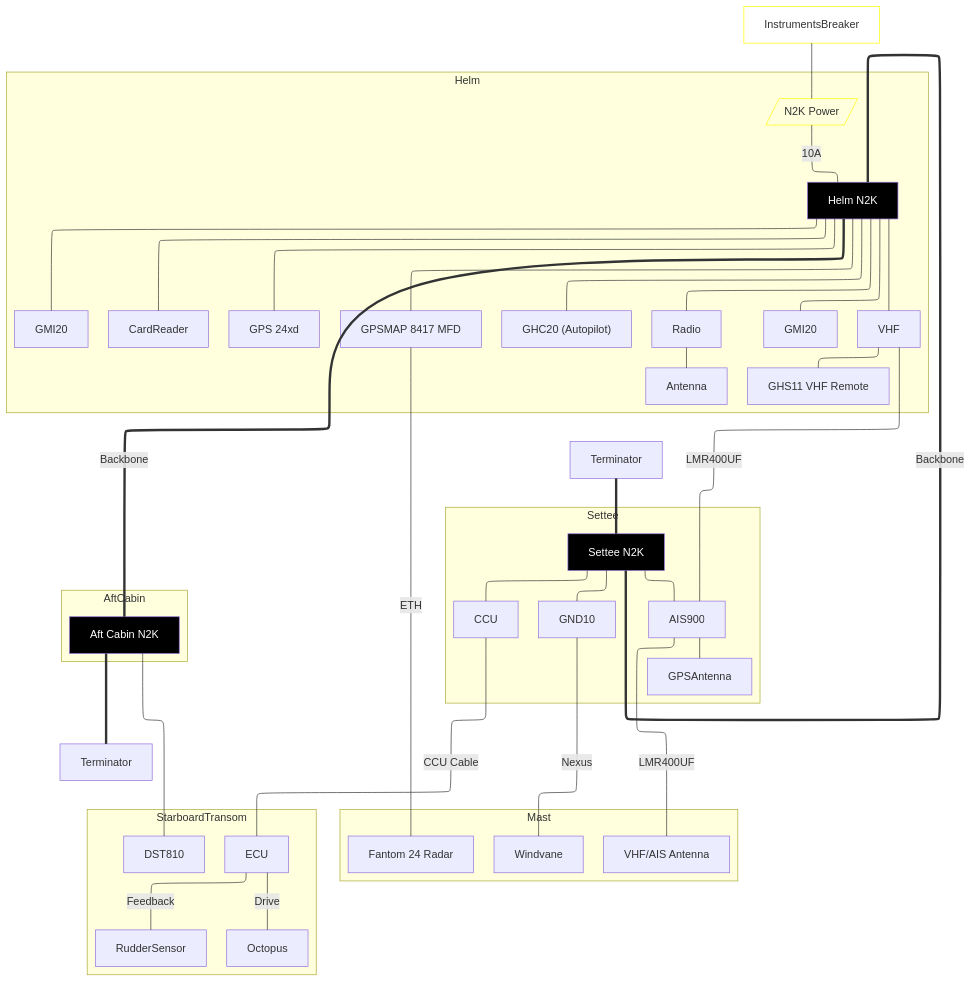
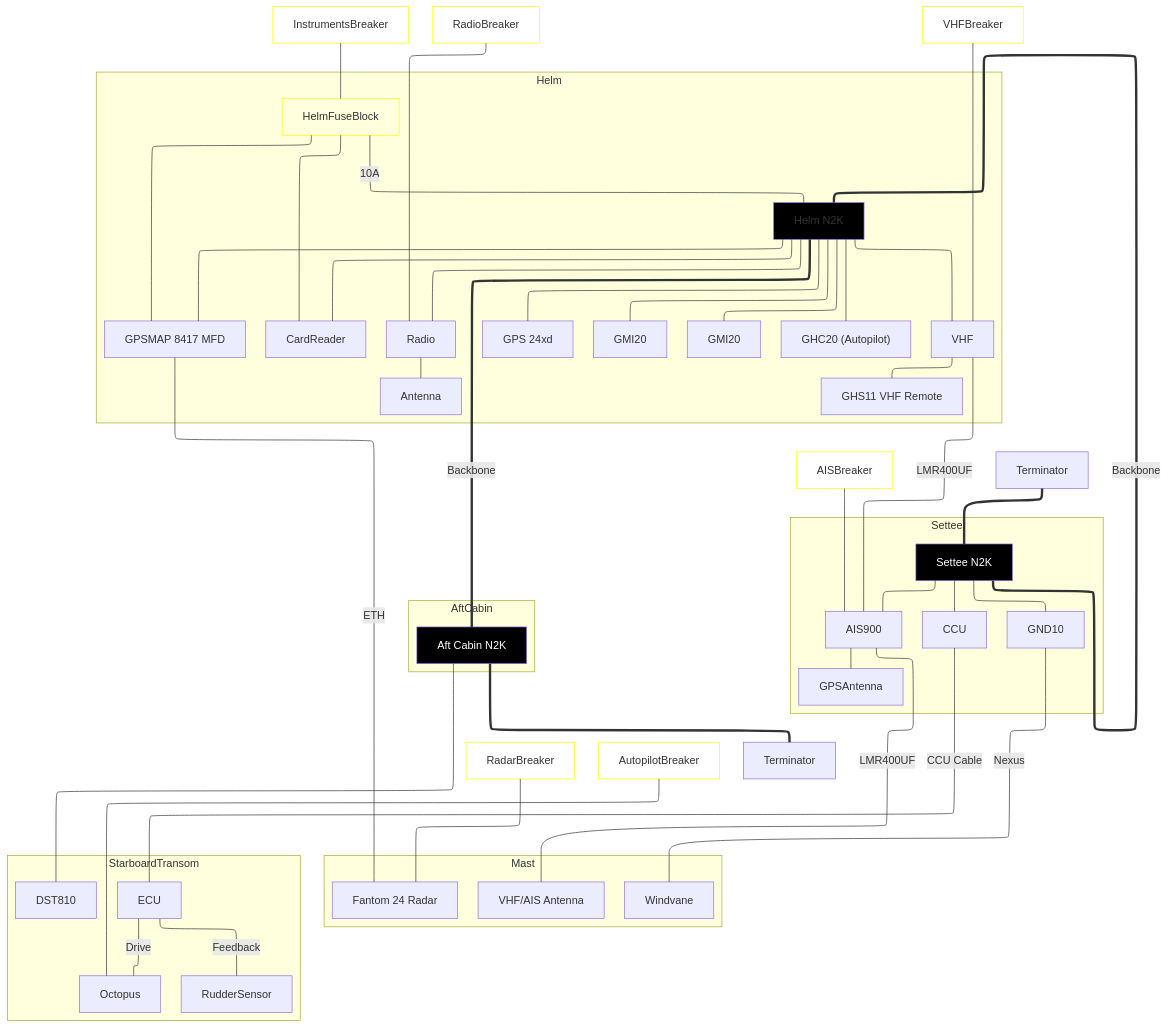
Before and after one commit to dcoon/svharmony: the diagram in owners_manual/Garmin.md, drawn with Mermaid.

Commit message:
vault backup: 2023-12-30 08:09:50

````diff
--- a/owners_manual/Garmin.md
+++ b/owners_manual/Garmin.md
@@ -2,58 +2,69 @@
 ```mermaid
 
 flowchart-elk TB
 
 classDef N2K fill:black
 classDef Power stroke:yellow,fill:none
 
 subgraph Mast
     Antenna["VHF/AIS Antenna"]
     Radar["Fantom 24 Radar"]:::Garmin
     Windvane
 end
 
+RadarBreaker:::Power --- Radar
+
 subgraph Helm
+	HelmFuseBlock:::Power
 	MFD["GPSMAP 8417 MFD"]:::Garmin
 	MFD ---|ETH| Radar
-	CockpitN2K[<font color=white>Helm N2K]:::N2K
-	Power[/N2K Power/]:::Power ---|10A| CockpitN2K
+	CockpitN2K[Helm N2K]:::N2K
+	HelmFuseBlock ---|10A| CockpitN2K
+	HelmFuseBlock --- MFD
+	HelmFuseBlock --- CardReader
 	CockpitN2K --- MFD
 	CockpitN2K --- GMI201["GMI20"]
 	CockpitN2K --- GMI202["GMI20"]
 	CockpitN2K --- GHC20["GHC20 (Autopilot)"]
 	CockpitN2K --- GPS["GPS 24xd"]
 	CockpitN2K --- CardReader
 	CockpitN2K --- Radio --- AMFMAntenna["Antenna"]
 	CockpitN2K --- VHF
 	VHF --- VHFRemote["GHS11 VHF Remote"]
 end
 
-InstrumentsBreaker:::Power --- Power
+InstrumentsBreaker:::Power --- HelmFuseBlock
+RadioBreaker:::Power --- Radio
+VHFBreaker:::Power --- VHF
 
 subgraph Settee
 	SalonN2K[<font color=white>Settee N2K]:::N2K
 	SalonN2K --- AIS["AIS900"]
 	AIS --- GPSAntenna
 	SalonN2K --- GND10:::Garmin ---|Nexus| Windvane
 	SalonN2K --- CCU
 	VHF ---|LMR400UF| AIS["AIS900"] ---|LMR400UF| Antenna
 end
+
+AISBreaker:::Power --- AIS
 
 subgraph AftCabin
 	StarboardN2K[<font color=white>Aft Cabin N2K]:::N2K
 end
 
 subgraph StarboardTransom
 	CCU ---|CCU Cable| ECU
 	ECU ---|Drive| Octopus
 	ECU ---|Feedback| RudderSensor
 	StarboardN2K --- DST810
 end
 
+AutopilotBreaker:::Power --- Octopus
+
 
 
 
 T1["Terminator"] === SalonN2K ===|Backbone| CockpitN2K ===|Backbone| StarboardN2K === T2["Terminator"]
 
 
 ```
````
